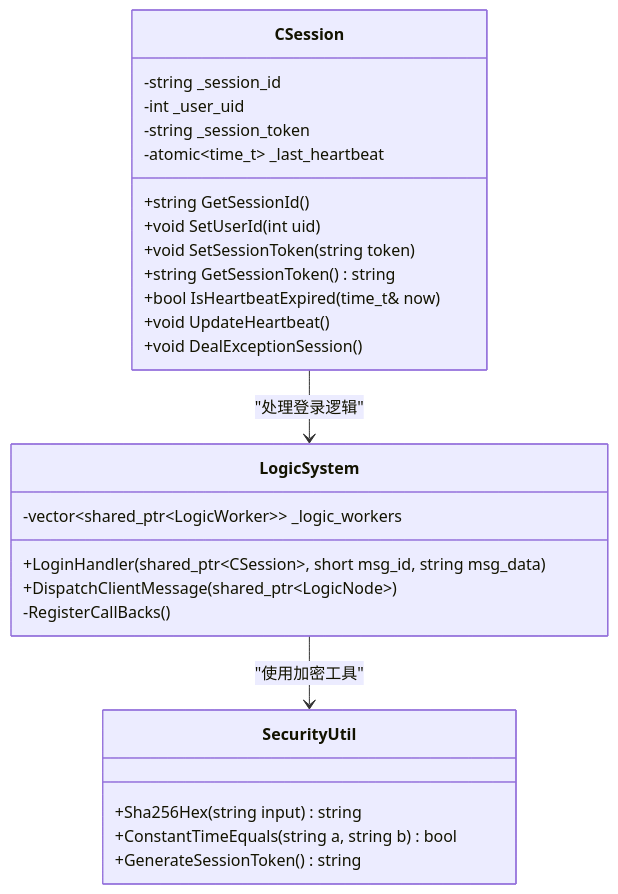
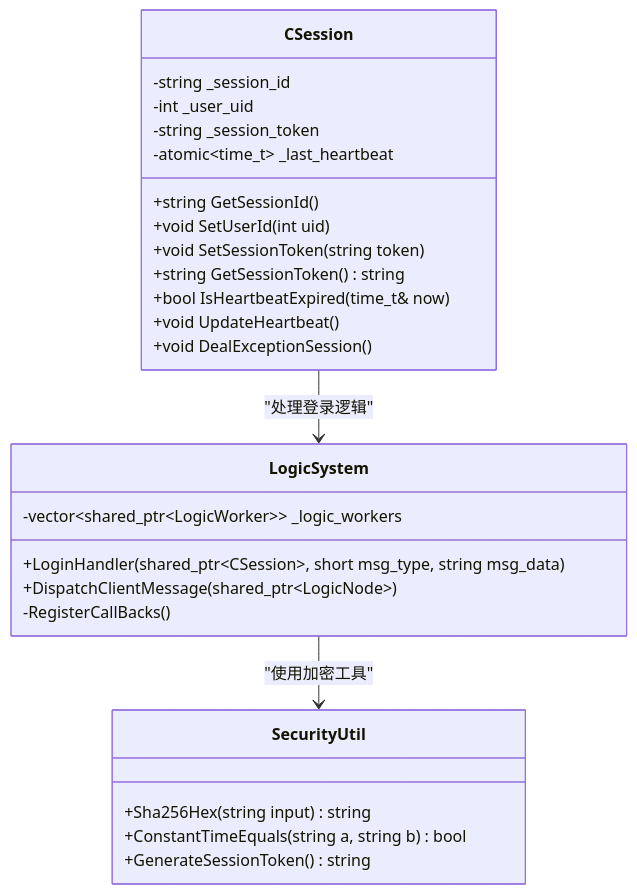
One commit to echo9923/mychatter changed the fourth of 9 diagrams in .qoder/repowiki/zh/content/安全设计/数据安全保护/会话管理安全.md. Above: the diagram before and after it, drawn with Mermaid. The commit also changed other lines of this file and 128 other files, not shown here.

First line of the commit message:
refactor(protocol): TCP 帧头消息类型 msg_id 全局改名为 msg_type

````diff
--- a/.qoder/repowiki/zh/content/安全设计/数据安全保护/会话管理安全.md
+++ b/.qoder/repowiki/zh/content/安全设计/数据安全保护/会话管理安全.md
@@ -163,29 +163,29 @@
 ```mermaid
 classDiagram
 class CSession {
 +string GetSessionId()
 +void SetUserId(int uid)
 +void SetSessionToken(string token)
 +string GetSessionToken() string
 +bool IsHeartbeatExpired(time_t& now)
 +void UpdateHeartbeat()
 +void DealExceptionSession()
 -string _session_id
 -int _user_uid
 -string _session_token
 -atomic~time_t~ _last_heartbeat
 }
 class LogicSystem {
-+LoginHandler(shared_ptr~CSession~, short msg_id, string msg_data)
++LoginHandler(shared_ptr~CSession~, short msg_type, string msg_data)
 +DispatchClientMessage(shared_ptr~LogicNode~)
 -RegisterCallBacks()
 -vector~shared_ptr~LogicWorker~~ _logic_workers
 }
 class SecurityUtil {
 +Sha256Hex(string input) string
 +ConstantTimeEquals(string a, string b) bool
 +GenerateSessionToken() string
 }
 CSession --> LogicSystem : "处理登录逻辑"
 LogicSystem --> SecurityUtil : "使用加密工具"
 ```
````
